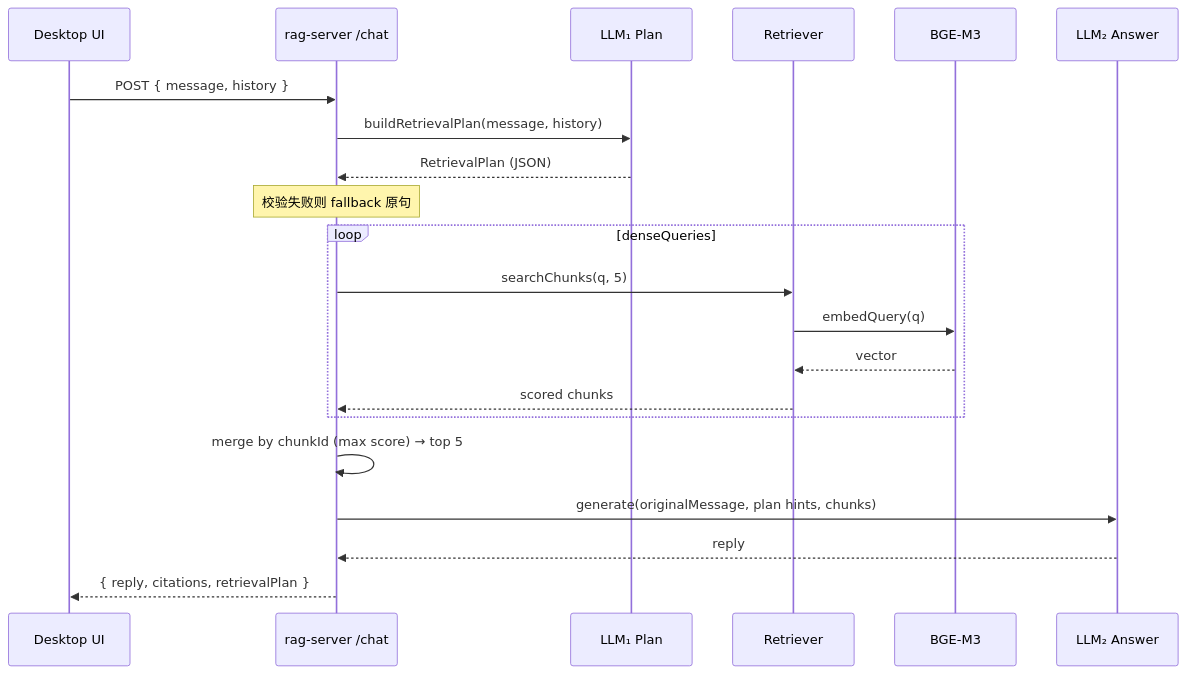
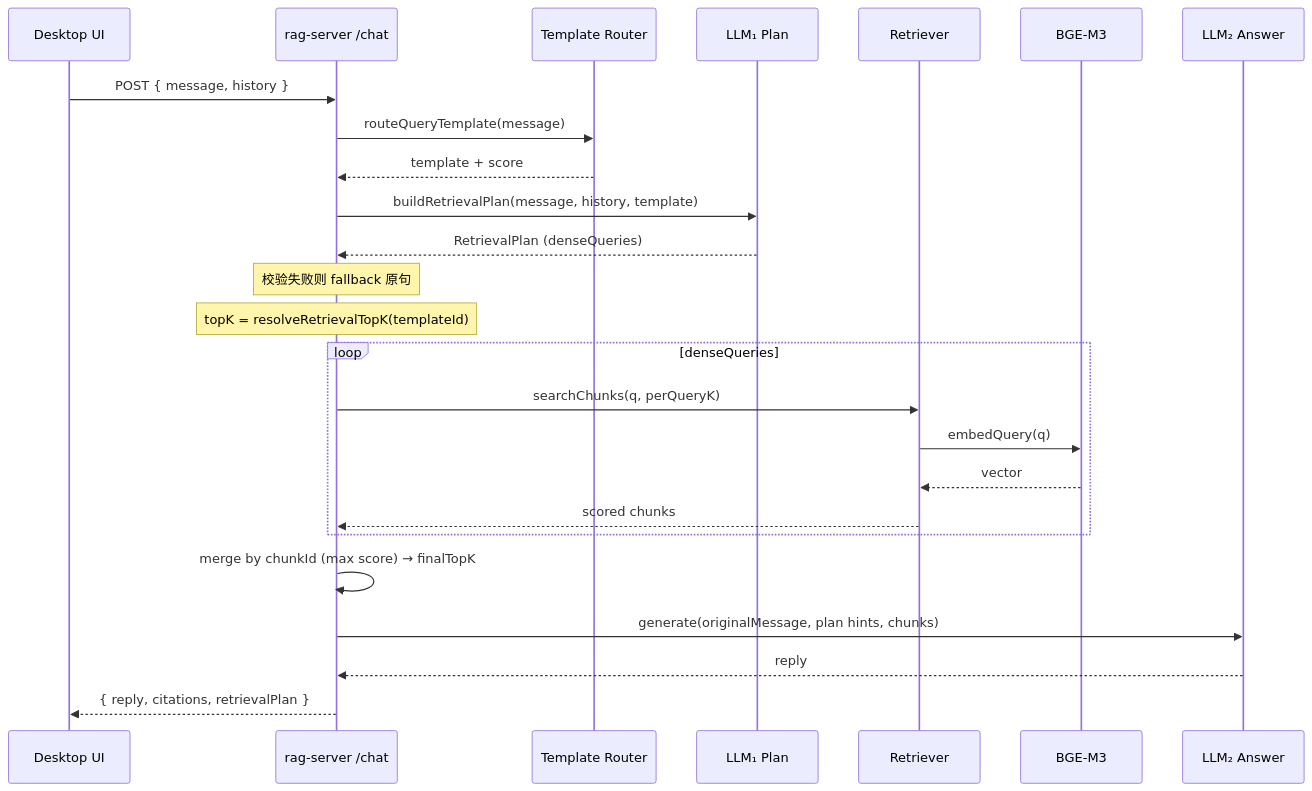
Before and after one commit to ifoxhz/piflow: the diagram in docs/reRAG.md, drawn with Mermaid. The commit also changed other lines of this file and 4 other files, not shown here.

````diff
--- a/docs/reRAG.md
+++ b/docs/reRAG.md
@@ -85,24 +224,28 @@
 ```mermaid
 sequenceDiagram
     participant UI as Desktop UI
     participant API as rag-server /chat
+    participant Route as Template Router
     participant Plan as LLM₁ Plan
     participant Ret as Retriever
     participant Emb as BGE-M3
     participant Gen as LLM₂ Answer
 
     UI->>API: POST { message, history }
-    API->>Plan: buildRetrievalPlan(message, history)
-    Plan-->>API: RetrievalPlan (JSON)
+    API->>Route: routeQueryTemplate(message)
+    Route-->>API: template + score
+    API->>Plan: buildRetrievalPlan(message, history, template)
+    Plan-->>API: RetrievalPlan (denseQueries)
     Note over API: 校验失败则 fallback 原句
+    Note over API: topK = resolveRetrievalTopK(templateId)
     loop denseQueries
-        API->>Ret: searchChunks(q, 5)
+        API->>Ret: searchChunks(q, perQueryK)
         Ret->>Emb: embedQuery(q)
         Emb-->>Ret: vector
         Ret-->>API: scored chunks
     end
-    API->>API: merge by chunkId (max score) → top 5
+    API->>API: merge by chunkId (max score) → finalTopK
     API->>Gen: generate(originalMessage, plan hints, chunks)
     Gen-->>API: reply
     API-->>UI: { reply, citations, retrievalPlan }
 ```
````
